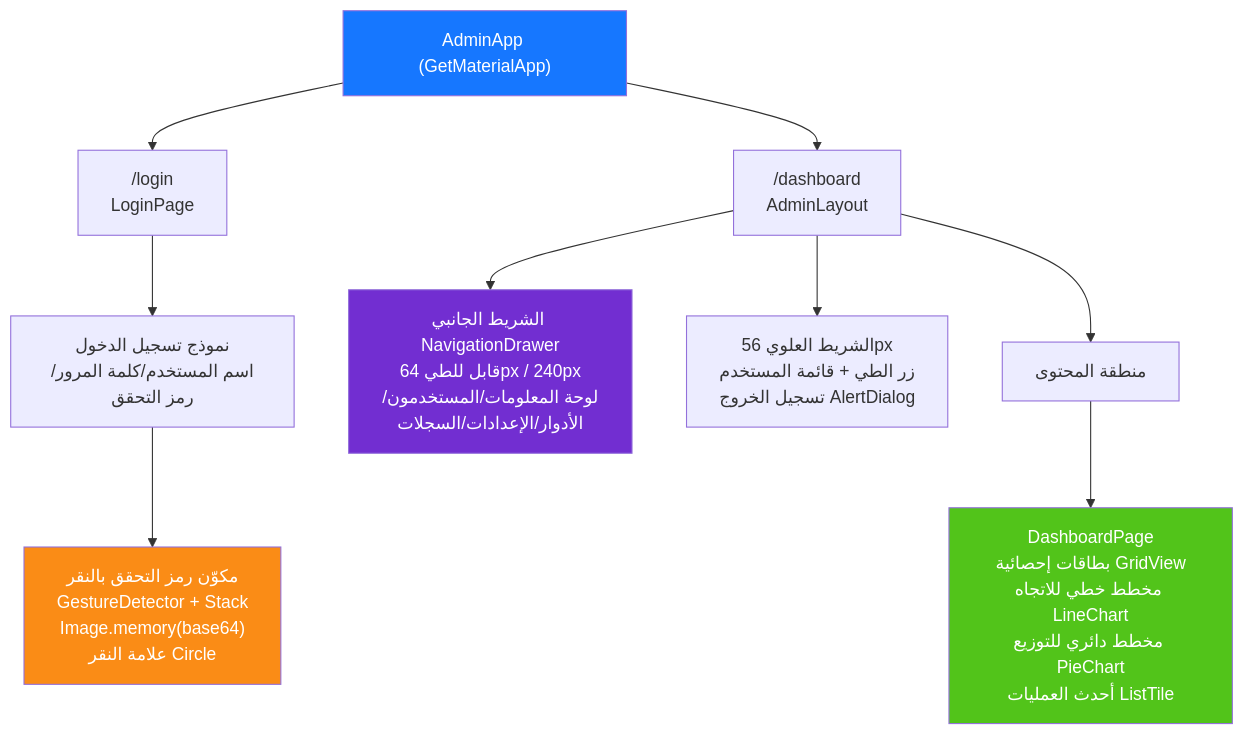
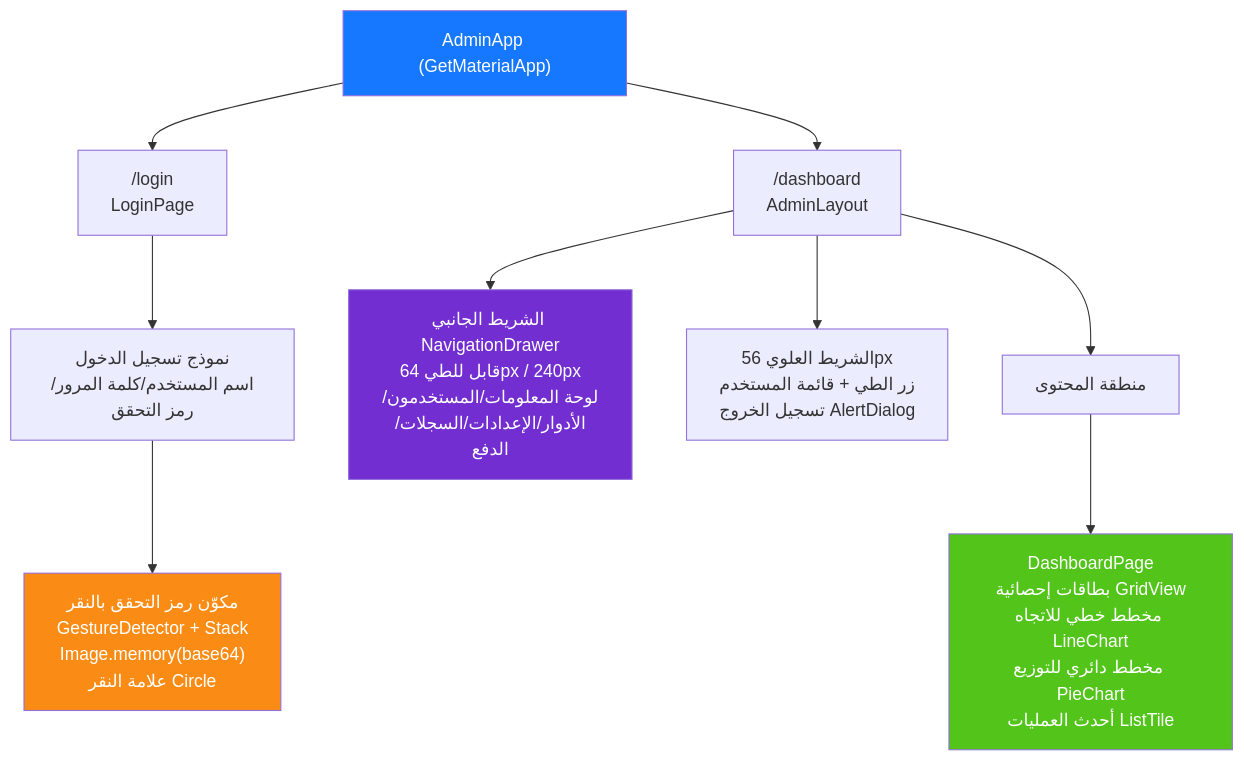
Before and after one commit to erikwang2013/game-platform-php: diagram 11 of 14 in admin/docs/ARCHITECTURE.ar.md, drawn with Mermaid. The commit also changed other lines of this file and 195 other files, not shown here.

````diff
--- a/admin/docs/ARCHITECTURE.ar.md
+++ b/admin/docs/ARCHITECTURE.ar.md
@@ -562,19 +562,19 @@
 ```mermaid
 flowchart TD
     APP["AdminApp (GetMaterialApp)"]
     APP --> LP["/login<br/>LoginPage"]
     APP --> DB["/dashboard<br/>AdminLayout"]
 
     LP --> LF["نموذج تسجيل الدخول<br/>اسم المستخدم/كلمة المرور/رمز التحقق"]
     LF --> CAPTCHA["مكوّن رمز التحقق بالنقر<br/>GestureDetector + Stack<br/>Image.memory(base64)<br/>علامة النقر Circle"]
 
-    DB --> SIDEBAR["الشريط الجانبي NavigationDrawer<br/>قابل للطي 64px / 240px<br/>لوحة المعلومات/المستخدمون/الأدوار/الإعدادات/السجلات"]
+    DB --> SIDEBAR["الشريط الجانبي NavigationDrawer<br/>قابل للطي 64px / 240px<br/>لوحة المعلومات/المستخدمون/الأدوار/الإعدادات/السجلات/الدفع"]
     DB --> HEADER["الشريط العلوي 56px<br/>زر الطي + قائمة المستخدم<br/>تسجيل الخروج AlertDialog"]
     DB --> CONTENT["منطقة المحتوى"]
     CONTENT --> DASH["DashboardPage<br/>بطاقات إحصائية GridView<br/>مخطط خطي للاتجاه LineChart<br/>مخطط دائري للتوزيع PieChart<br/>أحدث العمليات ListTile"]
 
     style APP fill:#1677FF,color:#fff
     style CAPTCHA fill:#FA8C16,color:#fff
     style SIDEBAR fill:#722ED1,color:#fff
     style DASH fill:#52C41A,color:#fff
 ```
````
